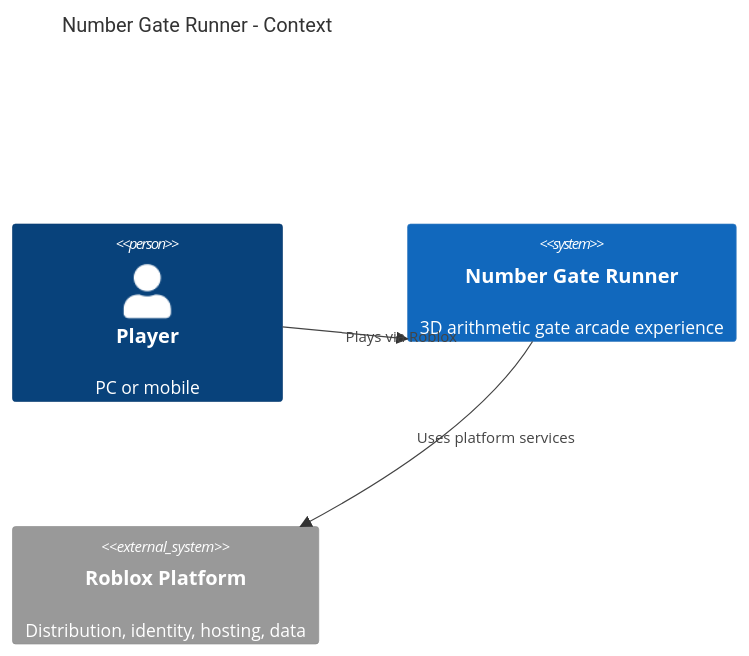
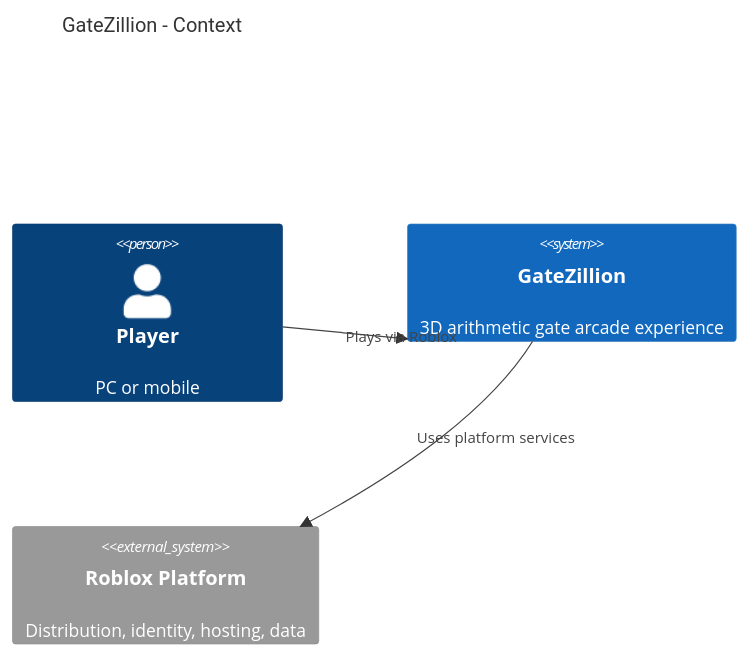
Before and after one commit to ghinta/GateZillion: the first of 4 diagrams in README.md, drawn with Mermaid. The commit also changed other lines of this file, not shown here.

Commit message:
renamame game

````diff
--- a/README.md
+++ b/README.md
@@ -20,9 +20,9 @@
 ```mermaid
 C4Context
-  title Number Gate Runner - Context
+  title GateZillion - Context
   Person(player, "Player", "PC or mobile")
-  System(game, "Number Gate Runner", "3D arithmetic gate arcade experience")
+  System(game, "GateZillion", "3D arithmetic gate arcade experience")
   System_Ext(roblox, "Roblox Platform", "Distribution, identity, hosting, data")
   Rel(player, game, "Plays via Roblox")
   Rel(game, roblox, "Uses platform services")
 ```
````
